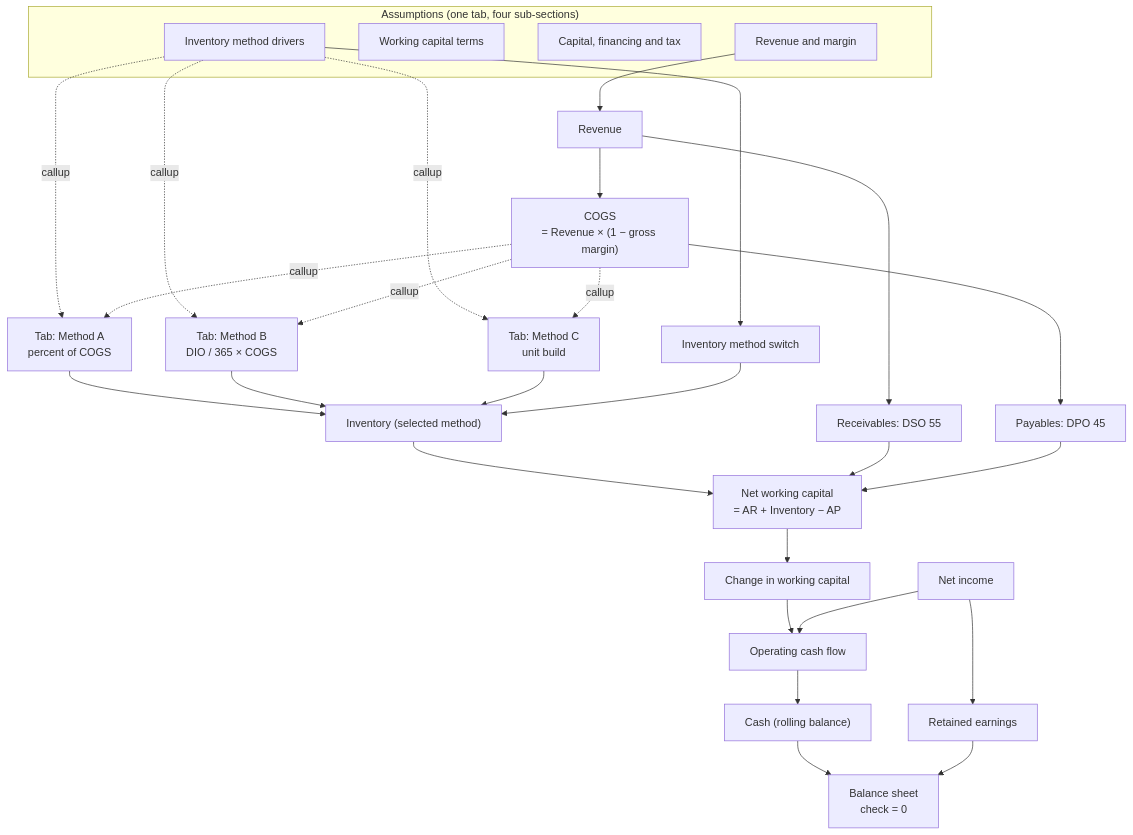
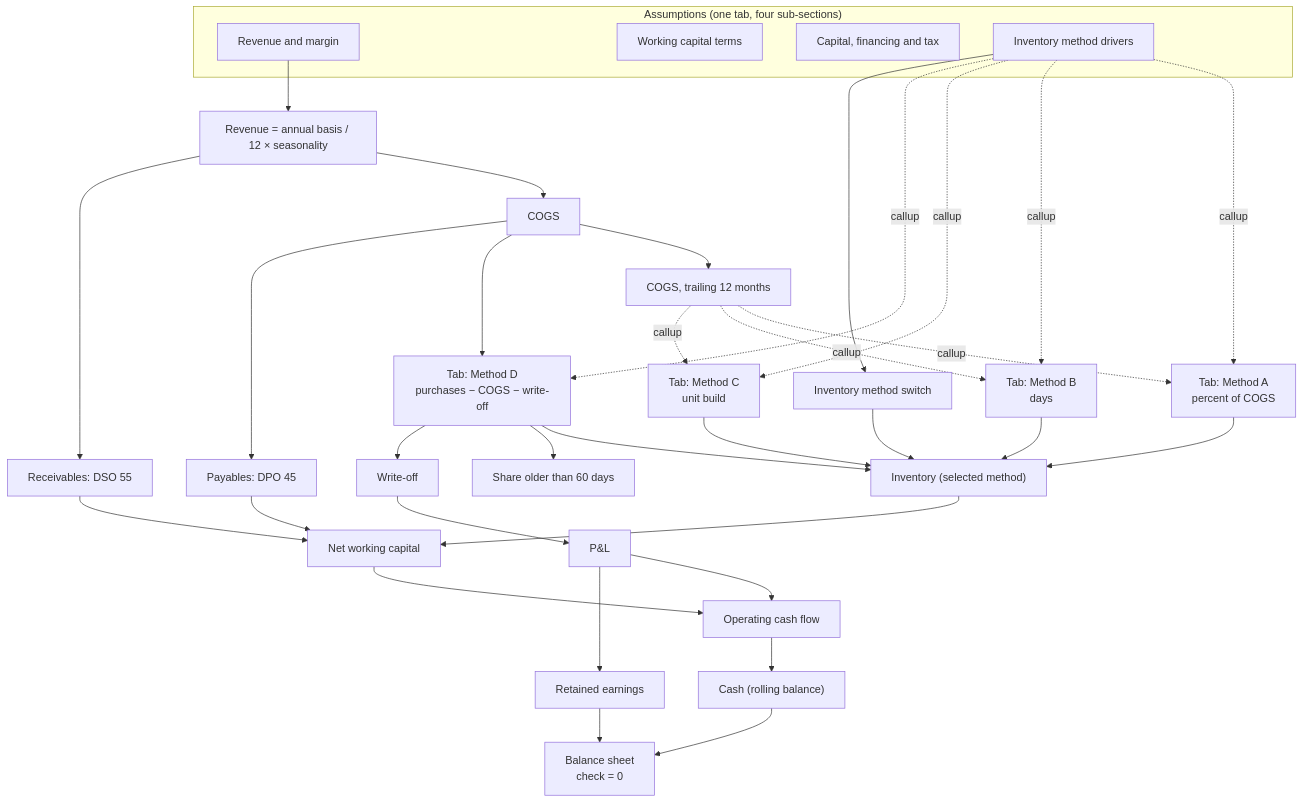
Before and after one commit to anthomakr/finance-models: the diagram in models/inventory-methods/README.md, drawn with Mermaid. The commit also changed other lines of this file and 2 other files, not shown here.

````diff
--- a/models/inventory-methods/README.md
+++ b/models/inventory-methods/README.md
@@ -78,34 +91,40 @@
 ```mermaid
 flowchart TD
   subgraph ASM["Assumptions (one tab, four sub-sections)"]
     D1["Revenue and margin"]
     D2["Working capital terms"]
     D3["Capital, financing and tax"]
     D4["Inventory method drivers"]
   end
-  D1 --> REV["Revenue"]
-  REV --> COGS["COGS<br/>= Revenue × (1 − gross margin)"]
+  D1 --> REV["Revenue = annual basis / 12 × seasonality"]
+  REV --> COGS["COGS"]
+  COGS --> C12["COGS, trailing 12 months"]
+  C12 -.callup.-> MA
+  C12 -.callup.-> MB
+  C12 -.callup.-> MC
   D4 -.callup.-> MA
   D4 -.callup.-> MB
   D4 -.callup.-> MC
-  COGS -.callup.-> MA
-  COGS -.callup.-> MB
-  COGS -.callup.-> MC
+  D4 -.callup.-> MD
+  COGS --> MD
   MA["Tab: Method A<br/>percent of COGS"] --> SEL
-  MB["Tab: Method B<br/>DIO / 365 × COGS"] --> SEL
+  MB["Tab: Method B<br/>days"] --> SEL
   MC["Tab: Method C<br/>unit build"] --> SEL
+  MD["Tab: Method D<br/>purchases − COGS − write-off"] --> SEL
+  MD --> AGE["Share older than 60 days"]
+  MD --> WO["Write-off"]
+  WO --> PL["P&L"]
   D4 --> SW["Inventory method switch"]
   SW --> SEL["Inventory (selected method)"]
-  SEL --> NWC["Net working capital<br/>= AR + Inventory − AP"]
+  SEL --> NWC["Net working capital"]
   REV --> AR["Receivables: DSO 55"]
   COGS --> AP["Payables: DPO 45"]
   AR --> NWC
   AP --> NWC
-  NWC --> DNWC["Change in working capital"]
-  DNWC --> OCF["Operating cash flow"]
-  NI["Net income"] --> OCF
+  NWC --> OCF["Operating cash flow"]
+  PL --> OCF
   OCF --> CASH["Cash (rolling balance)"]
   CASH --> BS["Balance sheet<br/>check = 0"]
-  NI --> RE["Retained earnings"]
+  PL --> RE["Retained earnings"]
   RE --> BS
 ```
````
